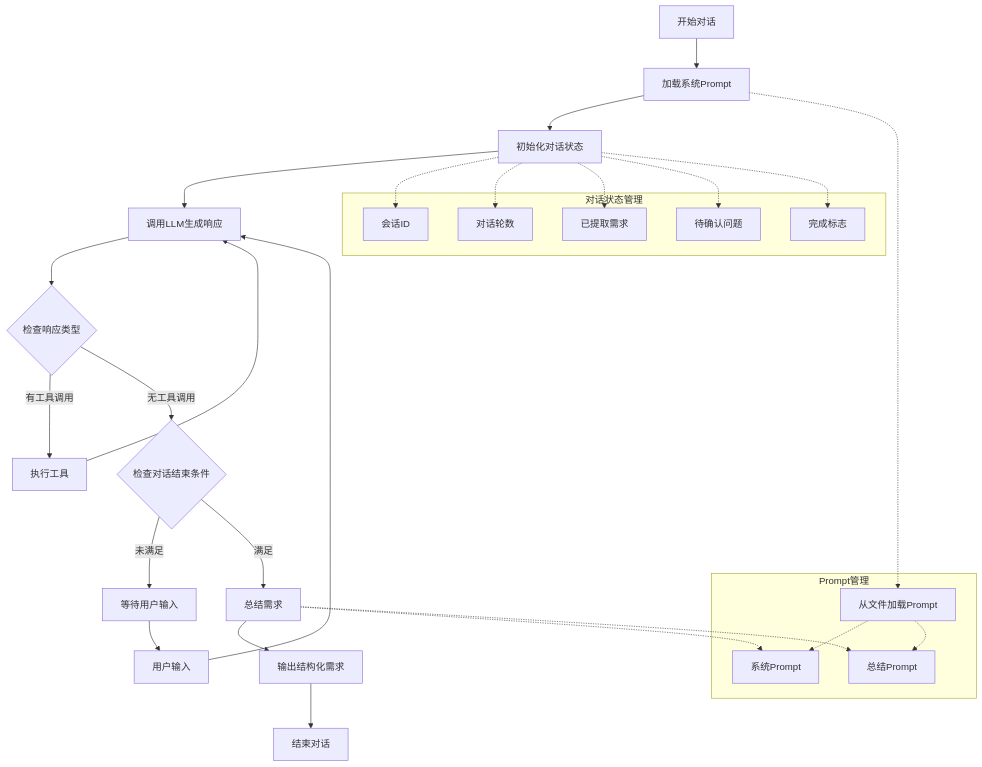
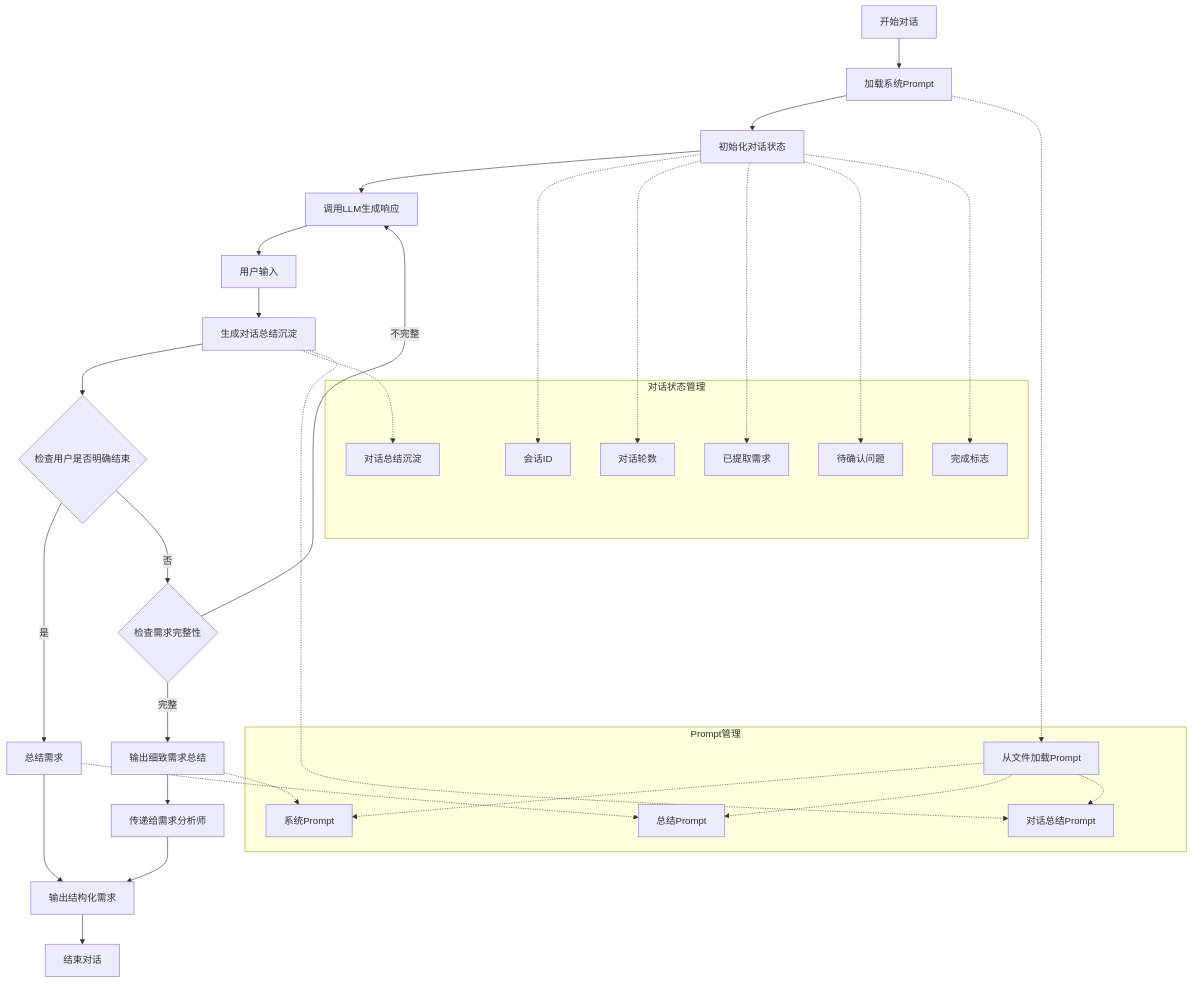
The diagram in lmbticos_ai/agents/workflow_diagram.md (WangYiKai1017/lmbtcos_ai_platform_backend), drawn with Mermaid before and after one commit. The commit also changed other lines of this file, not shown here.

Commit message:
Update workflow diagram to reflect current implementation

````diff
--- a/lmbticos_ai/agents/workflow_diagram.md
+++ b/lmbticos_ai/agents/workflow_diagram.md
@@ -3,43 +3,49 @@
 ```mermaid
 flowchart TD
     A[开始对话] --> B[加载系统Prompt]
     B --> C[初始化对话状态]
     C --> D[调用LLM生成响应]
-    D --> E{检查响应类型}
-    E -->|有工具调用| F[执行工具]
-    F --> D
-    E -->|无工具调用| G{检查对话结束条件}
-    G -->|未满足| H[等待用户输入]
-    H --> I[用户输入]
-    I --> D
-    G -->|满足| J[总结需求]
-    J --> K[输出结构化需求]
-    K --> L[结束对话]
+    D --> E[用户输入]
+    E --> F[生成对话总结沉淀]
+    F --> G{检查用户是否明确结束}
+    G -->|是| J[总结需求]
+    G -->|否| H{检查需求完整性}
+    H -->|完整| I[输出细致需求总结]
+    H -->|不完整| D
+    I --> K[传递给需求分析师]
+    J --> L[输出结构化需求]
+    K --> L
+    L --> M[结束对话]
     
     subgraph 对话状态管理
-        M[会话ID]
-        N[对话轮数]
-        O[已提取需求]
-        P[待确认问题]
-        Q[完成标志]
+        N[会话ID]
+        O[对话轮数]
+        P[已提取需求]
+        Q[待确认问题]
+        R[完成标志]
+        S[对话总结沉淀]
     end
     
     subgraph Prompt管理
-        R[从文件加载Prompt]
-        S[系统Prompt]
-        T[总结Prompt]
+        T[从文件加载Prompt]
+        U[系统Prompt]
+        V[总结Prompt]
+        W[对话总结Prompt]
     end
     
-    C -.-> M
     C -.-> N
     C -.-> O
     C -.-> P
     C -.-> Q
+    C -.-> R
+    F -.-> S
     
-    B -.-> R
-    R -.-> S
-    R -.-> T
+    B -.-> T
+    T -.-> U
+    T -.-> V
+    T -.-> W
     
-    J -.-> S
-    J -.-> T
+    F -.-> W
+    J -.-> V
+    I -.-> U
 ```
````
